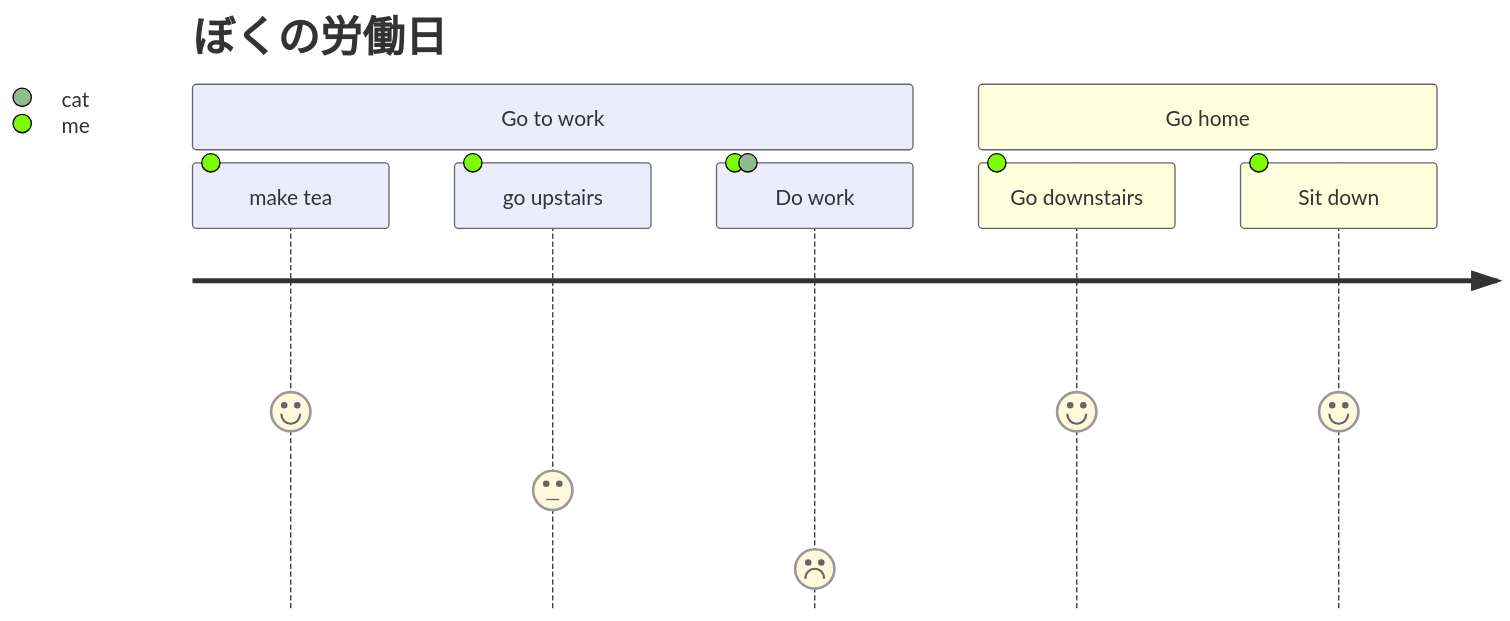
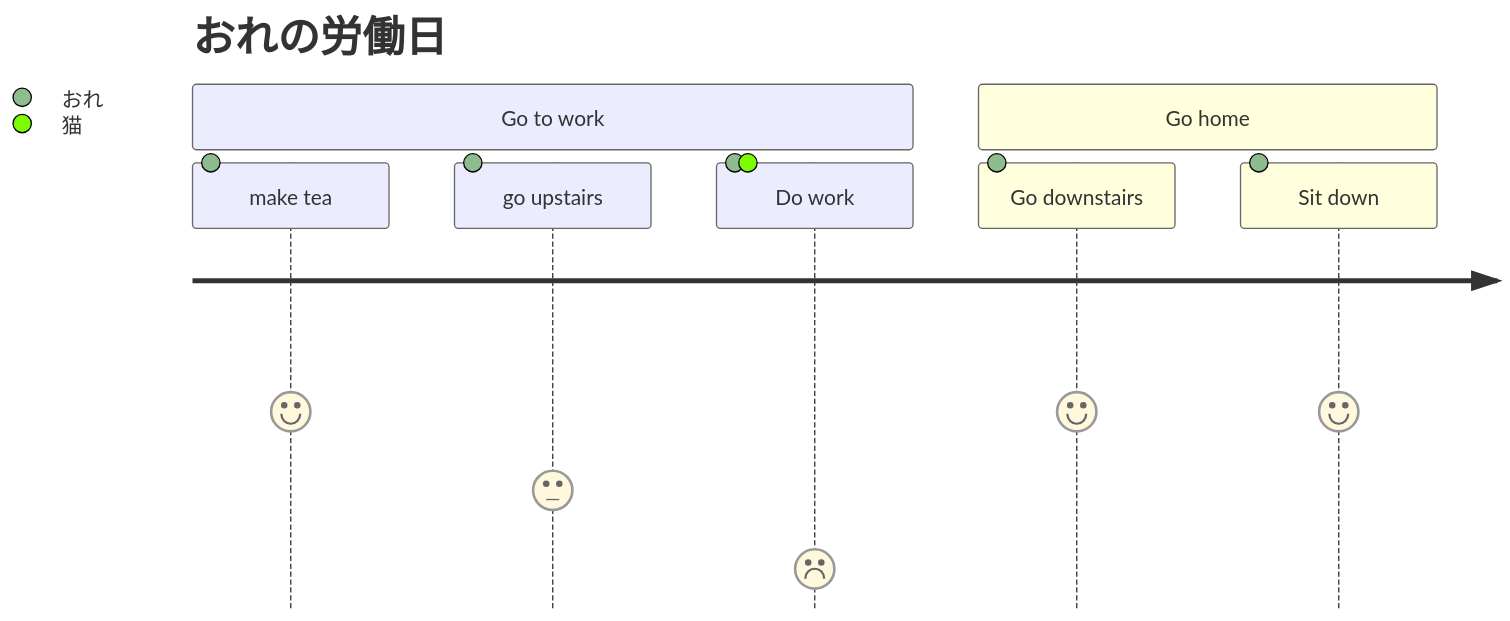
One commit to merapano/computer_and_anthropology changed the third of 3 diagrams in mermaid.md. Above: the diagram before and after it, drawn with Mermaid. The commit also changed other lines of this file, not shown here.

````diff
--- a/mermaid.md
+++ b/mermaid.md
@@ -67,13 +78,13 @@
 ```mermaid
 
 journey
-    title ぼくの労働日
+    title おれの労働日
     section Go to work
-     make tea: 5: me
-     go upstairs: 3: me
-     Do work: 1 : me, cat
+     make tea: 5: おれ
+     go upstairs: 3: おれ
+     Do work: 1 : おれ, 猫
    section Go home
-     Go downstairs: 5: me
-     Sit down: 5: me
+     Go downstairs: 5: おれ
+     Sit down: 5: おれ
     
 ```
````
